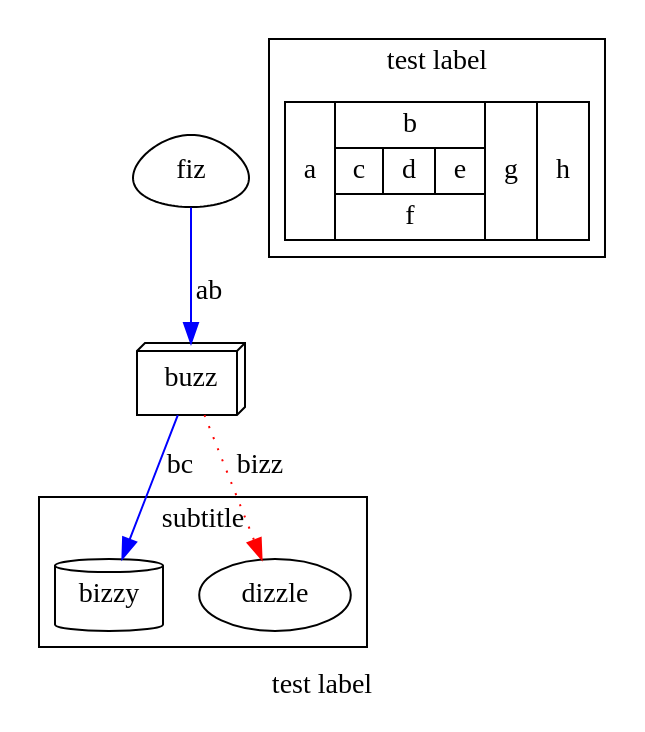
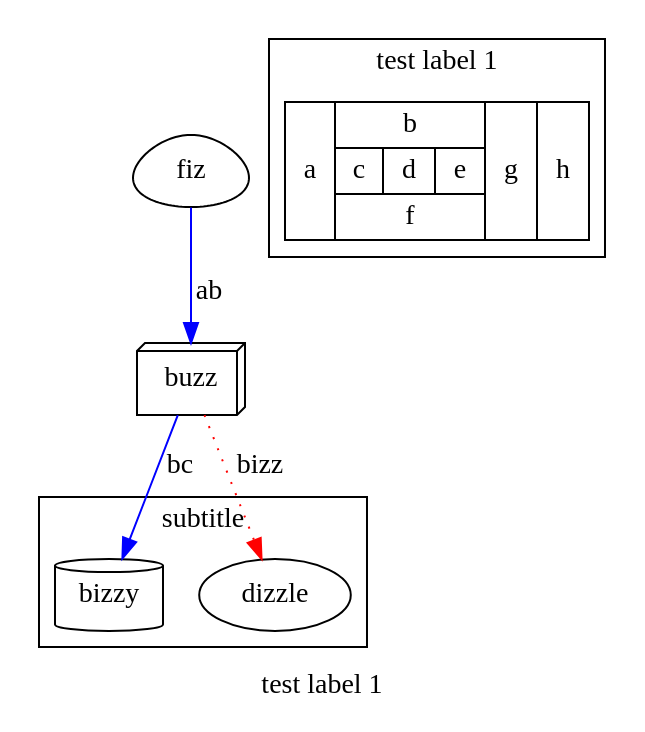
One commit to telus/api-domain-graphs changed the diagram in helloworld.gv. Above: the diagram before and after it, drawn with Graphviz.

Commit message:
rebase test

```diff
--- a/helloworld.gv
+++ b/helloworld.gv
@@ -1,25 +1,25 @@
 strict digraph graphname {
     // This attribute applies to the graph itself
     size="500,500";
-    label="test label";
+    label="test label 1";
 
     // The label attribute can be used to change the label of a node
     a [label="fiz", shape=egg];
     // Here, the node shape is changed.
     b [shape=box3d, label="buzz"];
     // These edges both have different line properties
     a -> b -> c [color=blue];
     a -> b [label="ab"];
     b -> c [label="bc"];
     b -> d [style=dotted, color=red, label="bizz"];
     // [style=invis] hides a node.
     subgraph cluster_bidiz {
         rank = same; c; d;
         label="subtitle";
         c [label="bizzy", shape=cylinder];
         d [label="dizzle"];
     }
     subgraph cluster_structs {
         1 [label="a |{ b |{c| d|e}| f}| g | h",shape="record"];
     }
 }
```
